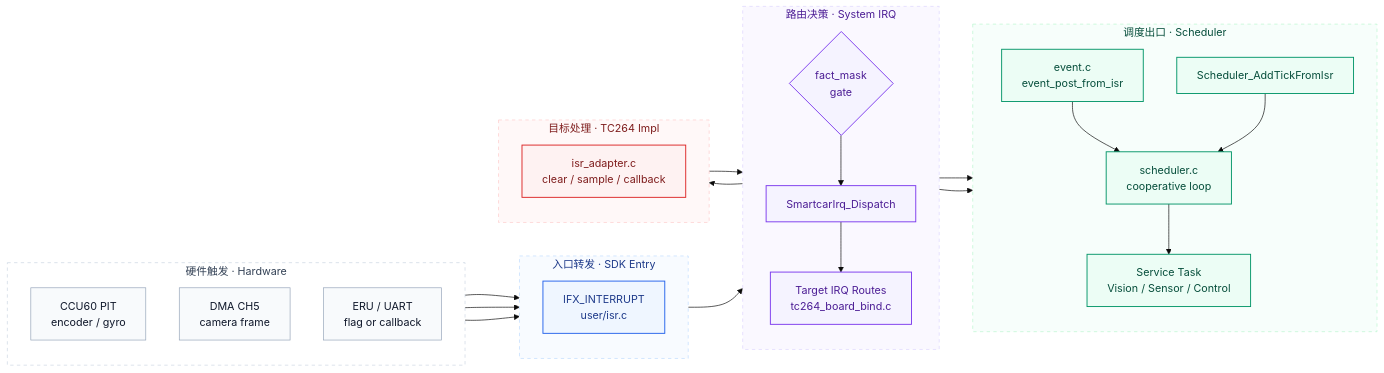
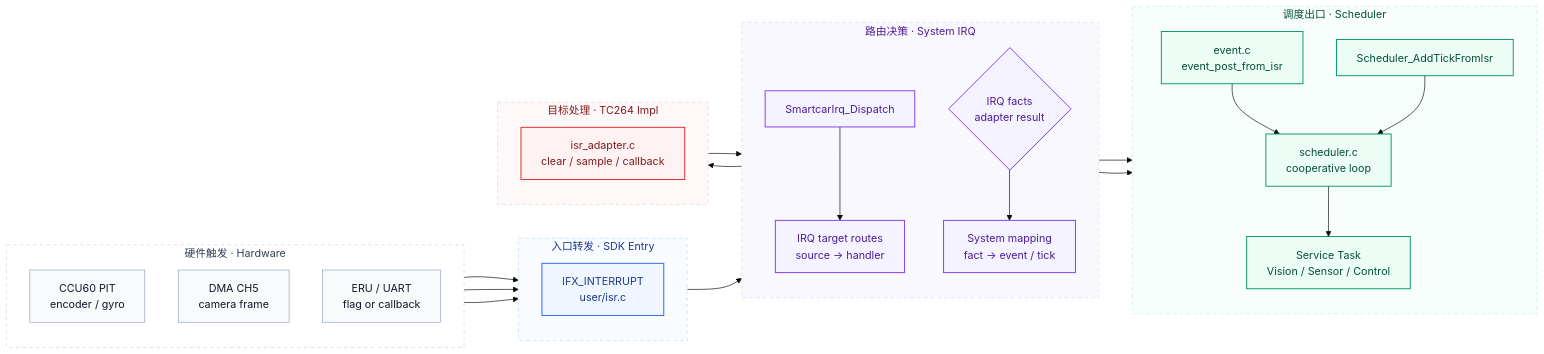
One commit to ParacosmYy/GS_Smart_car changed the second of 2 diagrams in README.md. Above: the diagram before and after it, drawn with Mermaid (base theme). The commit also changed other lines of this file and 24 other files, not shown here.

````diff
--- a/README.md
+++ b/README.md
@@ -106,61 +106,62 @@
 ```mermaid
 flowchart LR
     subgraph H["硬件触发 · Hardware"]
         direction TB
         PIT["CCU60 PIT<br/>encoder / gyro"]
         DMA["DMA CH5<br/>camera frame"]
         IO["ERU / UART<br/>flag or callback"]
     end
 
     subgraph E["入口转发 · SDK Entry"]
         direction TB
         ISR["IFX_INTERRUPT<br/>user/isr.c"]
     end
 
     subgraph R["路由决策 · System IRQ"]
         direction TB
         ROUTER["SmartcarIrq_Dispatch"]
-        ROUTES["Target IRQ Routes<br/>tc264_board_bind.c"]
-        FACT{"fact_mask<br/>gate"}
+        ROUTES["IRQ target routes<br/>source -> handler"]
+        FACT{"IRQ facts<br/>adapter result"}
+        MAP["System mapping<br/>fact -> event / tick"]
     end
 
     subgraph I["目标处理 · TC264 Impl"]
         direction TB
         ADAPTER["isr_adapter.c<br/>clear / sample / callback"]
     end
 
     subgraph S["调度出口 · Scheduler"]
         direction TB
         EVENT["event.c<br/>event_post_from_isr"]
         TICK["Scheduler_AddTickFromIsr"]
         SCHED["scheduler.c<br/>cooperative loop"]
         TASK["Service Task<br/>Vision / Sensor / Control"]
     end
 
     PIT --> ISR
     DMA --> ISR
     IO --> ISR
     ISR --> ROUTER
     ROUTER --> ROUTES --> ADAPTER --> FACT
-    FACT --> ROUTER
-    ROUTER --> EVENT --> SCHED --> TASK
-    ROUTER --> TICK --> SCHED
+    FACT --> MAP
+    MAP --> EVENT --> SCHED --> TASK
+    MAP --> TICK --> SCHED
 
     class PIT,DMA,IO hardware
     class ISR entry
-    class ROUTER,ROUTES,FACT system
+    class ROUTER,ROUTES,FACT,MAP system
     class ADAPTER impl
     class EVENT,TICK,SCHED,TASK service
 
     classDef hardware fill:#f8fafc,stroke:#94a3b8,color:#0f172a,stroke-width:1px;
     classDef entry fill:#eff6ff,stroke:#2563eb,color:#1e3a8a,stroke-width:1.4px;
     classDef system fill:#f5f3ff,stroke:#7c3aed,color:#4c1d95,stroke-width:1.4px;
     classDef impl fill:#fef2f2,stroke:#dc2626,color:#7f1d1d,stroke-width:1.4px;
     classDef service fill:#ecfdf5,stroke:#059669,color:#064e3b,stroke-width:1.4px;
 
     style H fill:#ffffff,stroke:#cbd5e1,stroke-dasharray:5 5,color:#334155;
     style E fill:#f8fbff,stroke:#bfdbfe,stroke-dasharray:5 5,color:#1e3a8a;
     style R fill:#faf8ff,stroke:#ddd6fe,stroke-dasharray:5 5,color:#4c1d95;
     style I fill:#fff8f8,stroke:#fecaca,stroke-dasharray:5 5,color:#7f1d1d;
     style S fill:#f7fefb,stroke:#bbf7d0,stroke-dasharray:5 5,color:#064e3b;
 ```
````
